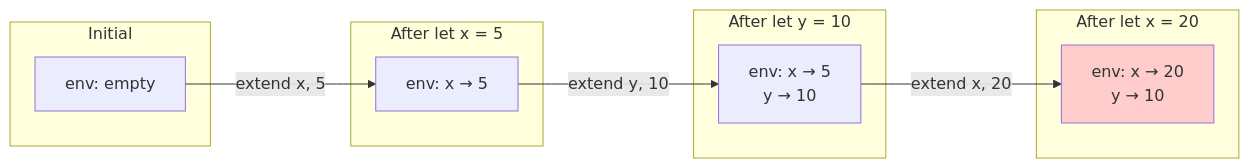
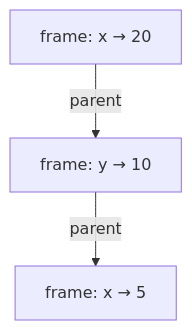
Before and after one commit to vansweej/parlang: the fifth of 10 diagrams in docs/MODULE_EVAL.md, drawn with Mermaid. The commit also changed other lines of this file, not shown here.

````diff
--- a/docs/MODULE_EVAL.md
+++ b/docs/MODULE_EVAL.md
@@ -307,24 +313,5 @@
 ```mermaid
-graph LR
-    subgraph "Initial"
-        E1[env: empty]
-    end
-    
-    subgraph "After let x = 5"
-        E2[env: x → 5]
-    end
-    
-    subgraph "After let y = 10"
-        E3["env: x → 5<br/>y → 10"]
-    end
-    
-    subgraph "After let x = 20"
-        E4["env: x → 20<br/>y → 10"]
-    end
-    
-    E1 -->|extend x, 5| E2
-    E2 -->|extend y, 10| E3
-    E3 -->|extend x, 20| E4
-    
-    style E4 fill:#ffcccc
+graph TD
+    FX2[frame: x → 20] -->|parent| FY[frame: y → 10]
+    FY -->|parent| FX1[frame: x → 5]
 ```
````
